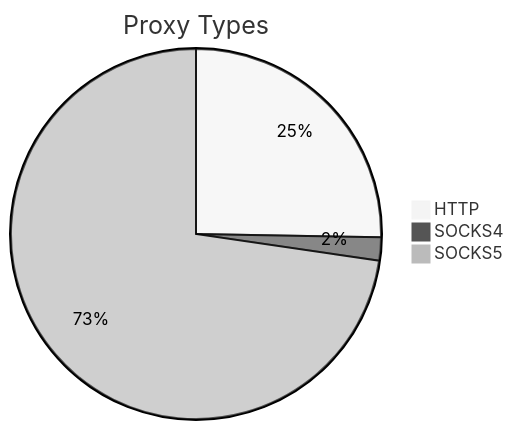
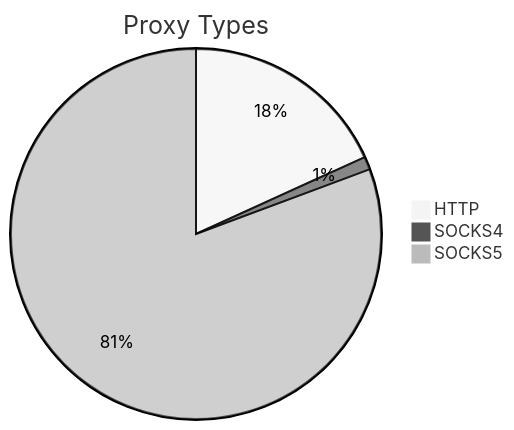
Before and after one commit to stormsia/proxy-list: the first of 2 diagrams in README.md, drawn with Mermaid (neutral theme). The commit also changed other lines of this file, not shown here.

````diff
--- a/README.md
+++ b/README.md
@@ -21,6 +21,6 @@
 ```mermaid
 pie title Proxy Types
-    "HTTP" : 137
-    "SOCKS4" : 11
-    "SOCKS5" : 394
+    "HTTP" : 97
+    "SOCKS4" : 6
+    "SOCKS5" : 430
 ```
````
